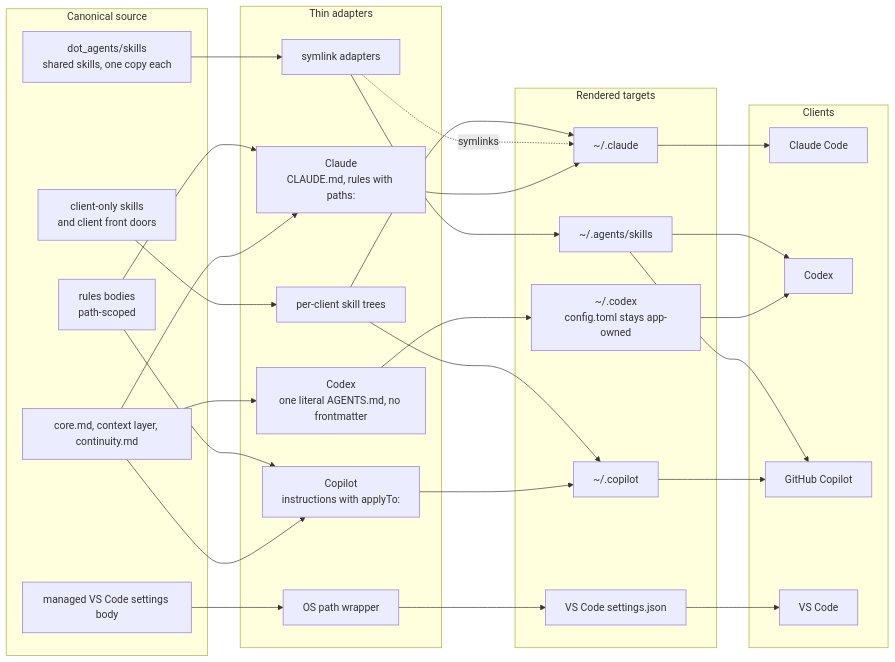
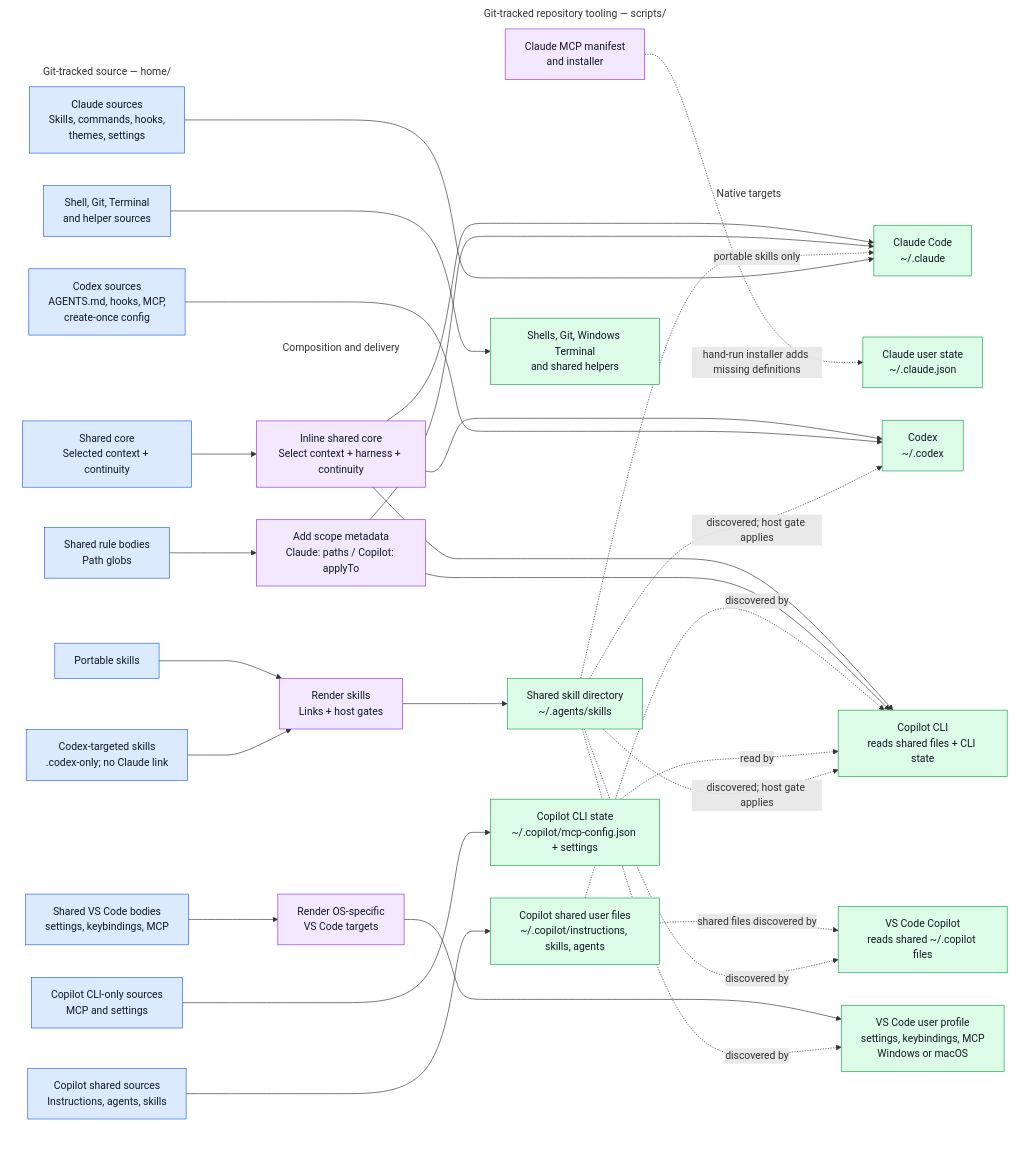
The first of 4 diagrams in README.md (sherrilla71940/dotfiles), drawn with Mermaid before and after one commit. The commit also changed other lines of this file and 132 other files, not shown here.

Commit message:
feat(ai-profile): add managed and native harness profiles

````diff
--- a/README.md
+++ b/README.md
@@ -136,59 +66,87 @@
 ```mermaid
+%%{init: {"themeVariables": {"clusterBkg": "transparent"}, "flowchart": {"useMaxWidth": false}}}%%
 flowchart LR
-    subgraph sourceState["Canonical source"]
-        core["core.md, context layer, continuity.md"]
-        rules["rules bodies<br/>path-scoped"]
-        vscodeBody["managed VS Code settings body"]
-        sharedSkills["dot_agents/skills<br/>shared skills, one copy each"]
-        clientSkills["client-only skills<br/>and client front doors"]
+    subgraph source["Git-tracked source — home/"]
+        core["Shared core<br/>Selected context + continuity"]
+        rules["Shared rule bodies<br/>Path globs"]
+        portableSkills["Portable skills"]
+        codexSkills["Codex-targeted skills<br/>.codex-only; no Claude link"]
+        claudeNative["Claude sources<br/>Skills, commands, hooks,<br/>themes, settings"]
+        codexNative["Codex sources<br/>AGENTS.md, hooks, MCP,<br/>create-once config"]
+        copilotNative["Copilot shared sources<br/>Instructions, agents, skills"]
+        copilotCliNative["Copilot CLI-only sources<br/>MCP and settings"]
+        vscodeBody["Shared VS Code bodies<br/>settings, keybindings, MCP"]
+        platform["Shell, Git, Terminal<br/>and helper sources"]
     end
 
-    subgraph adapters["Thin adapters"]
-        claudeAdapter["Claude<br/>CLAUDE.md, rules with paths:"]
-        codexAdapter["Codex<br/>one literal AGENTS.md, no frontmatter"]
-        copilotAdapter["Copilot<br/>instructions with applyTo:"]
-        pathWrapper["OS path wrapper"]
-        skillAdapter["symlink adapters"]
-        clientSkillAdapter["per-client skill trees"]
+    subgraph tooling["Git-tracked repository tooling — scripts/"]
+        claudeMcp["Claude MCP manifest<br/>and installer"]
     end
 
-    subgraph renderedTargets["Rendered targets"]
-        claudeTarget["~/.claude"]
-        codexTarget["~/.codex<br/>config.toml stays app-owned"]
-        copilotTarget["~/.copilot"]
-        vscodeTarget["VS Code settings.json"]
-        agentsTarget["~/.agents/skills"]
+    subgraph render["Composition and delivery"]
+        instructionAdapters["Inline shared core<br/>Select context + harness + continuity"]
+        ruleAdapters["Add scope metadata<br/>Claude: paths / Copilot: applyTo"]
+        skillDelivery["Render skills<br/>Links + host gates"]
+        osAdapters["Render OS-specific<br/>VS Code targets"]
     end
 
-    subgraph clients["Clients"]
-        claudeClient["Claude Code"]
-        codexClient["Codex"]
-        copilotClient["GitHub Copilot"]
-        vscodeClient["VS Code"]
+    subgraph targets["Native targets"]
+        claude["Claude Code<br/>~/.claude"]
+        claudeState["Claude user state<br/>~/.claude.json"]
+        codex["Codex<br/>~/.codex"]
+        copilotFiles["Copilot shared user files<br/>~/.copilot/instructions, skills, agents"]
+        copilotCli["Copilot CLI<br/>reads shared files + CLI state"]
+        copilotCliState["Copilot CLI state<br/>~/.copilot/mcp-config.json + settings"]
+        copilotHost["VS Code Copilot<br/>reads shared ~/.copilot files"]
+        agents["Shared skill directory<br/>~/.agents/skills"]
+        vscode["VS Code user profile<br/>settings, keybindings, MCP<br/>Windows or macOS"]
+        other["Shells, Git, Windows Terminal<br/>and shared helpers"]
     end
 
-    core --> claudeAdapter
-    core --> codexAdapter
-    core --> copilotAdapter
-    rules --> claudeAdapter
-    rules --> copilotAdapter
-    sharedSkills --> skillAdapter
-    clientSkills --> clientSkillAdapter
-    vscodeBody --> pathWrapper
+    core --> instructionAdapters
+    instructionAdapters --> claude
+    instructionAdapters --> codex
+    instructionAdapters --> copilotCli
 
-    claudeAdapter --> claudeTarget
-    codexAdapter --> codexTarget
-    copilotAdapter --> copilotTarget
-    skillAdapter --> agentsTarget
-    skillAdapter -.->|"symlinks"| claudeTarget
-    clientSkillAdapter --> claudeTarget
-    clientSkillAdapter --> copilotTarget
-    pathWrapper --> vscodeTarget
+    rules --> ruleAdapters
+    ruleAdapters --> claude
+    ruleAdapters --> copilotCli
 
-    claudeTarget --> claudeClient
-    codexTarget --> codexClient
-    copilotTarget --> copilotClient
-    vscodeTarget --> vscodeClient
-    agentsTarget --> codexClient
-    agentsTarget --> copilotClient
+    portableSkills --> skillDelivery
+    codexSkills --> skillDelivery
+    skillDelivery --> agents
+    agents -.->|"portable skills only"| claude
+
+    claudeNative --> claude
+    claudeMcp -.->|"hand-run installer adds missing definitions"| claudeState
+    codexNative --> codex
+    copilotNative --> copilotFiles
+    copilotCliNative --> copilotCliState
+
+    vscodeBody --> osAdapters --> vscode
+    platform --> other
+
+    copilotFiles -.->|"discovered by"| copilotCli
+    copilotFiles -.->|"shared files discovered by"| copilotHost
+    copilotCliState -.->|"read by"| copilotCli
+    agents -.->|"discovered; host gate applies"| codex
+    agents -.->|"discovered; host gate applies"| copilotCli
+    agents -.->|"discovered by"| copilotHost
+    agents -.->|"discovered by"| vscode
+
+    class core,rules,portableSkills,codexSkills,claudeNative,codexNative,copilotNative,copilotCliNative,vscodeBody,platform input
+    class claudeMcp,instructionAdapters,ruleAdapters,skillDelivery,osAdapters orchestration
+    class claude,claudeState,codex,copilotFiles,copilotCli,copilotCliState,copilotHost,agents,vscode,other output
+
+    classDef input fill:#dbeafe,stroke:#2563eb,color:#111827
+    classDef orchestration fill:#f3e8ff,stroke:#9333ea,color:#111827
+    classDef output fill:#dcfce7,stroke:#16a34a,color:#111827
+    classDef work fill:#fef3c7,stroke:#d97706,color:#111827
+    classDef control fill:#f3f4f6,stroke:#4b5563,color:#111827
+    classDef exception fill:#fee2e2,stroke:#dc2626,color:#111827
+
+    style source fill:none,stroke:transparent
+    style tooling fill:none,stroke:transparent
+    style render fill:none,stroke:transparent
+    style targets fill:none,stroke:transparent
 ```
````
